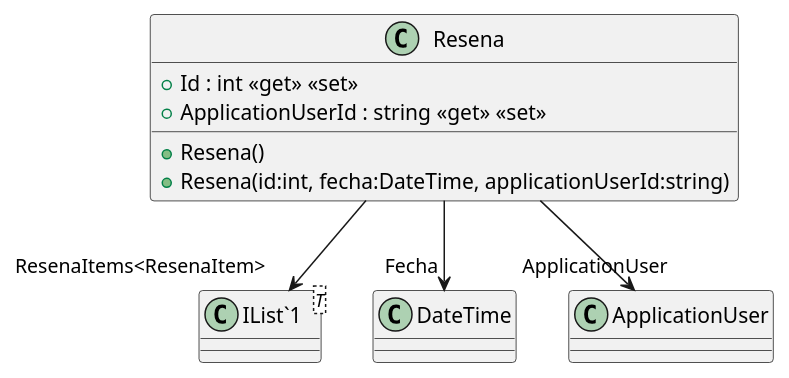
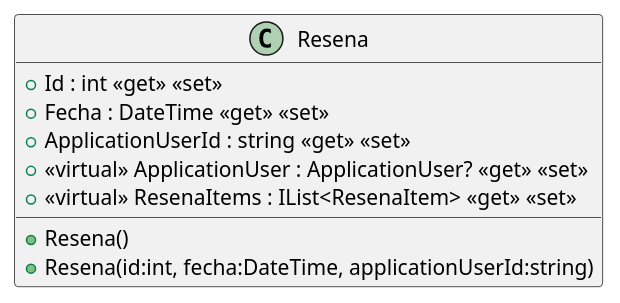
The diagram in src/AppForSEII.API/ClassDiagram/Resena.puml (ISII2627JRJ/ISII2627JRJ), drawn with PlantUML before and after one commit. The commit also changed 11 other files, not shown here.

First line of the commit message:
Desarrollo de la clase paypal y actualizacion de diagramas uml (#42)

```diff
--- a/src/AppForSEII.API/ClassDiagram/Resena.puml
+++ b/src/AppForSEII.API/ClassDiagram/Resena.puml
@@ -1,13 +1,11 @@
 @startuml
 class Resena {
     + Id : int <<get>> <<set>>
+    + Fecha : DateTime <<get>> <<set>>
     + ApplicationUserId : string <<get>> <<set>>
+    + <<virtual>> ApplicationUser : ApplicationUser? <<get>> <<set>>
+    + <<virtual>> ResenaItems : IList<ResenaItem> <<get>> <<set>>
     + Resena()
     + Resena(id:int, fecha:DateTime, applicationUserId:string)
 }
-class "IList`1"<T> {
-}
-Resena --> "Fecha" DateTime
-Resena --> "ApplicationUser" ApplicationUser
-Resena --> "ResenaItems<ResenaItem>" "IList`1"
 @enduml
```
